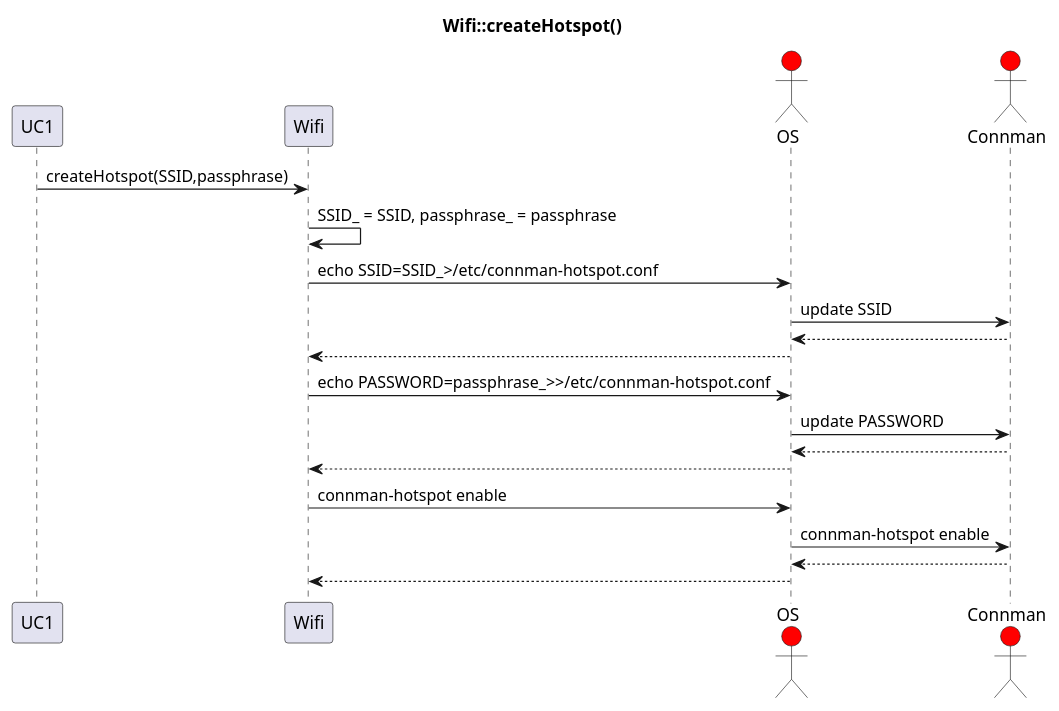
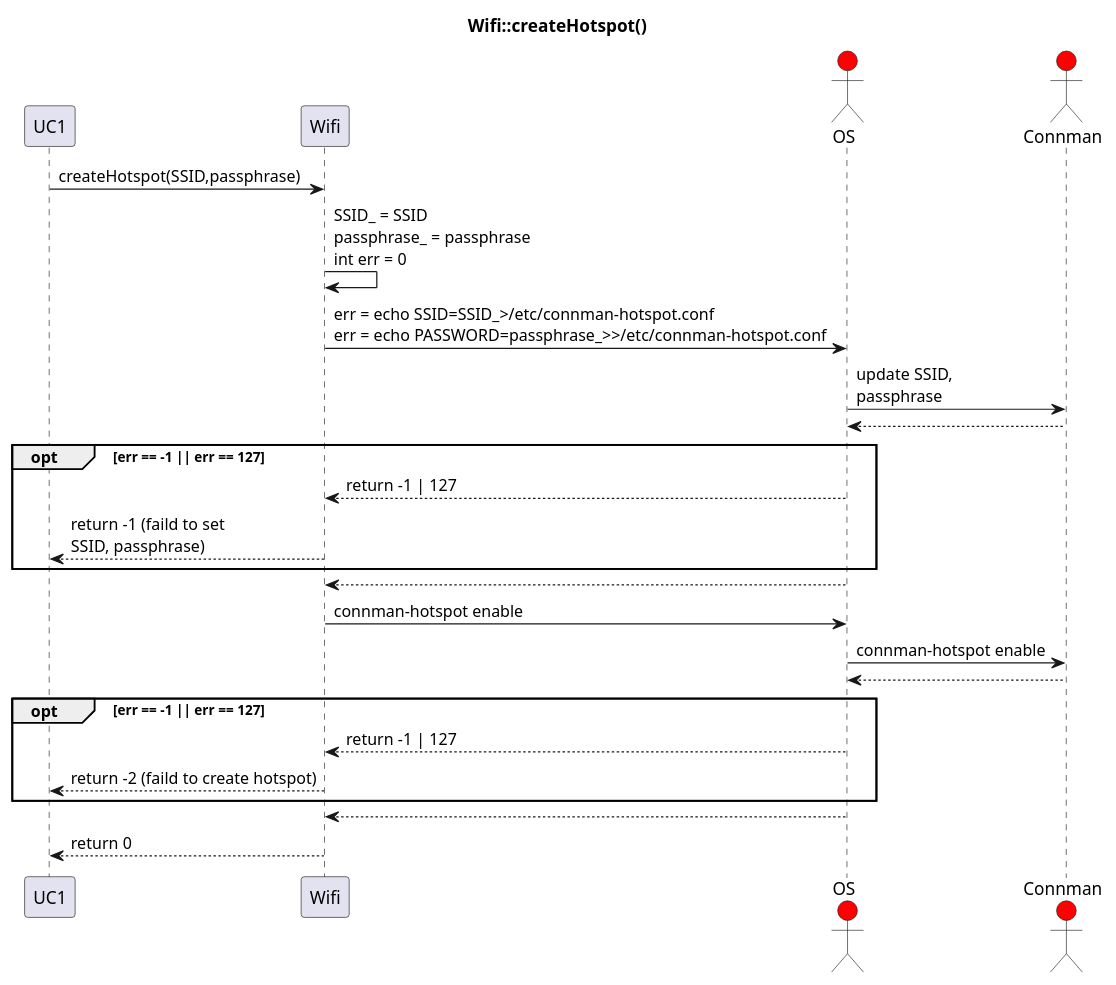
One commit to Solvgraa-mager/E3PRJ3 changed the diagram in Diagrammer/Robo_Sumo_Battle/Communication/Sekvensdiagrammer/Wifi/Wifi_createHotspot.plantuml. Above: the diagram before and after it, drawn with PlantUML. The commit also changed 7 other files, not shown here.

```diff
--- a/Diagrammer/Robo_Sumo_Battle/Communication/Sekvensdiagrammer/Wifi/Wifi_createHotspot.plantuml
+++ b/Diagrammer/Robo_Sumo_Battle/Communication/Sekvensdiagrammer/Wifi/Wifi_createHotspot.plantuml
@@ -1,25 +1,29 @@
 @startuml
 title Wifi::createHotspot()
 participant UC1
 participant Wifi
 actor OS #red
 actor Connman #red
 
 UC1 -> Wifi : createHotspot(SSID,passphrase)
-Wifi -> Wifi : SSID_ = SSID, passphrase_ = passphrase
-Wifi -> OS : echo SSID=SSID_>/etc/connman-hotspot.conf
-OS -> Connman : update SSID
+Wifi -> Wifi : SSID_ = SSID\npassphrase_ = passphrase\nint err = 0
+Wifi -> OS : err = echo SSID=SSID_>/etc/connman-hotspot.conf\nerr = echo PASSWORD=passphrase_>>/etc/connman-hotspot.conf
+OS -> Connman : update SSID, \npassphrase
 OS <-- Connman
-Wifi <-- OS
-
-Wifi -> OS : echo PASSWORD=passphrase_>>/etc/connman-hotspot.conf
-OS -> Connman : update PASSWORD
-OS <-- Connman
+opt err == -1 || err == 127
+Wifi <-- OS : return -1 | 127
+UC1 <-- Wifi : return -1 (faild to set \nSSID, passphrase)
+end
 Wifi <-- OS
 
 Wifi -> OS : connman-hotspot enable
 OS -> Connman : connman-hotspot enable
 OS <-- Connman
+opt err == -1 || err == 127
+Wifi <-- OS : return -1 | 127
+UC1 <-- Wifi : return -2 (faild to create hotspot)
+end
 Wifi <-- OS
+UC1 <-- Wifi : return 0
 
 @enduml
```
